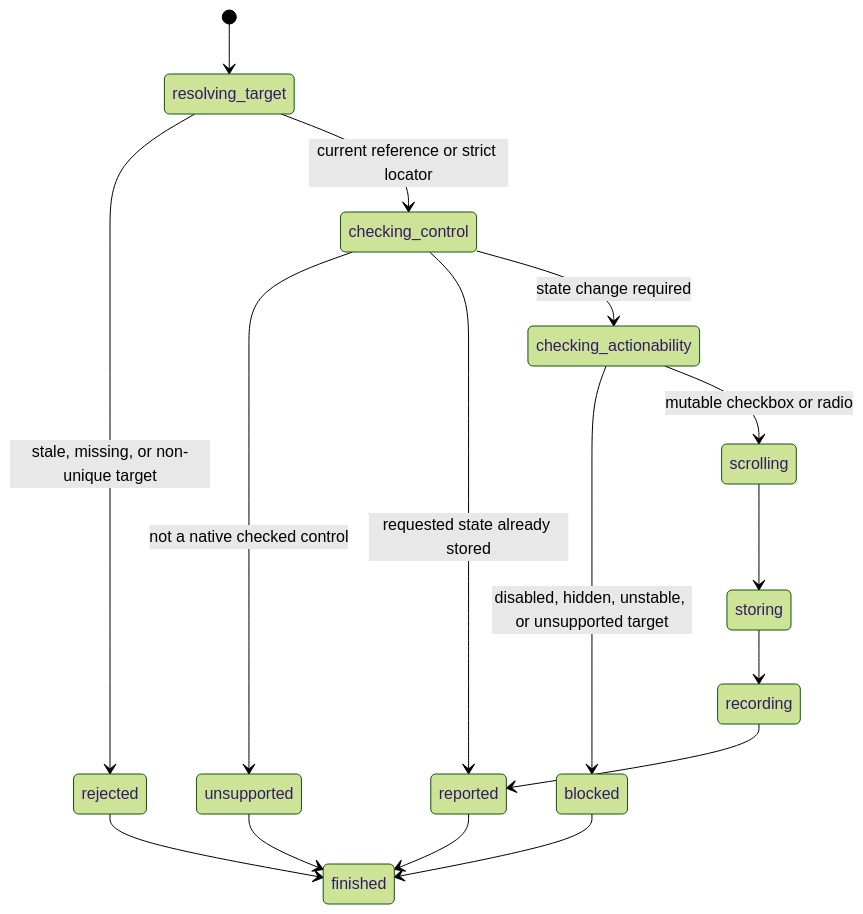
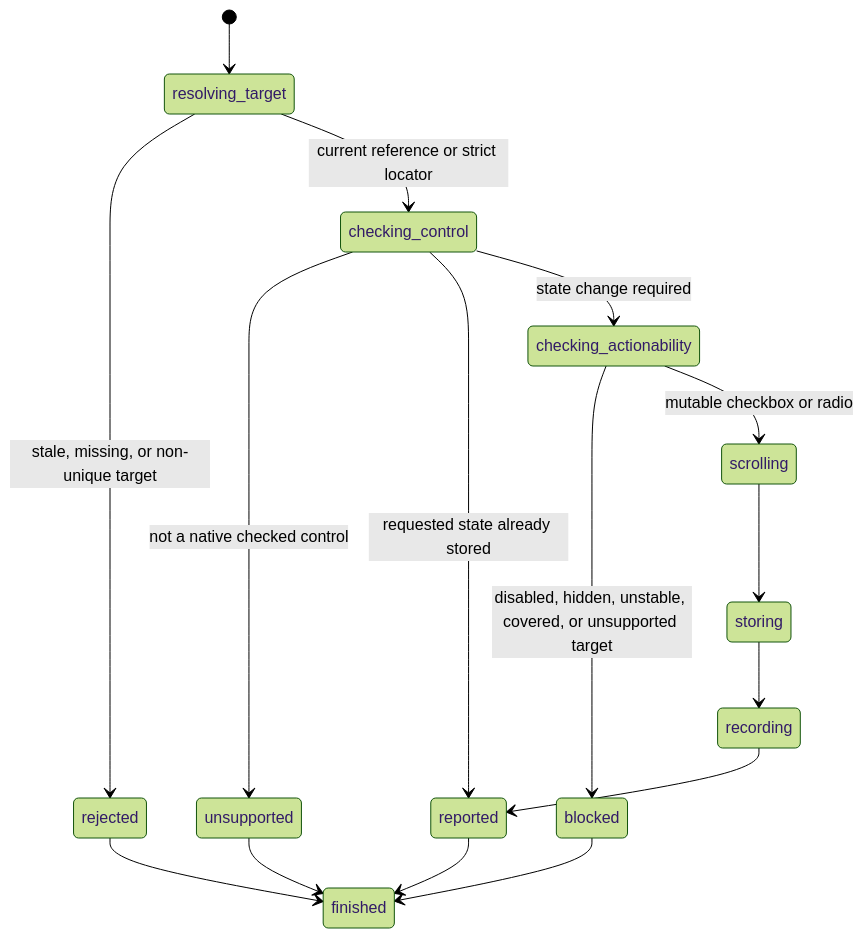
One commit to thoriqakbar0/browser.jr changed the diagram in interaction/set-checked.md. Above: the diagram before and after it, drawn with Mermaid (forest theme). The commit also changed other lines of this file and 22 other files, not shown here.

````diff
--- a/interaction/set-checked.md
+++ b/interaction/set-checked.md
@@ -29,18 +31,18 @@
 ```mermaid
 stateDiagram-v2
     [*] --> resolving_target
     resolving_target --> rejected : stale, missing, or non-unique target
     resolving_target --> checking_control : current reference or strict locator
     checking_control --> unsupported : not a native checked control
     checking_control --> reported : requested state already stored
     checking_control --> checking_actionability : state change required
-    checking_actionability --> blocked : disabled, hidden, unstable, or unsupported target
+    checking_actionability --> blocked : disabled, hidden, unstable, covered, or unsupported target
     checking_actionability --> scrolling : mutable checkbox or radio
     scrolling --> storing
     storing --> recording
     recording --> reported
     rejected --> finished
     blocked --> finished
     unsupported --> finished
     reported --> finished
 ```
````
